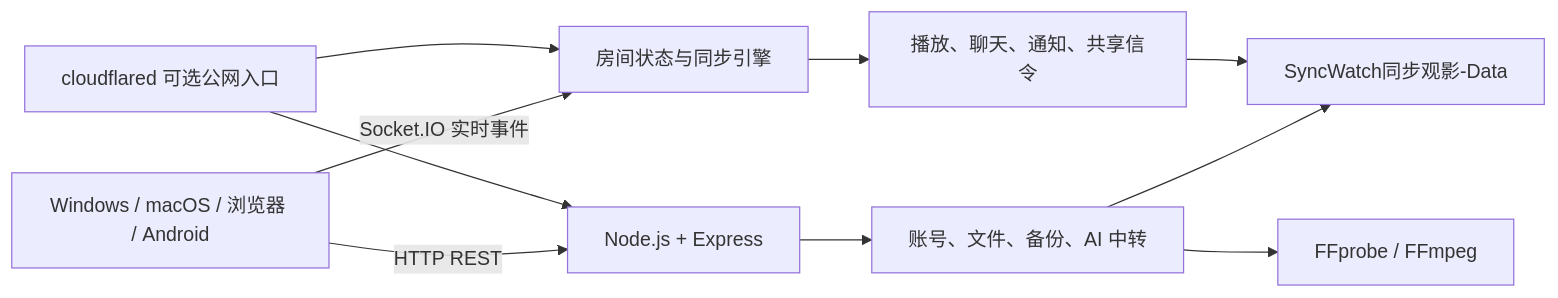
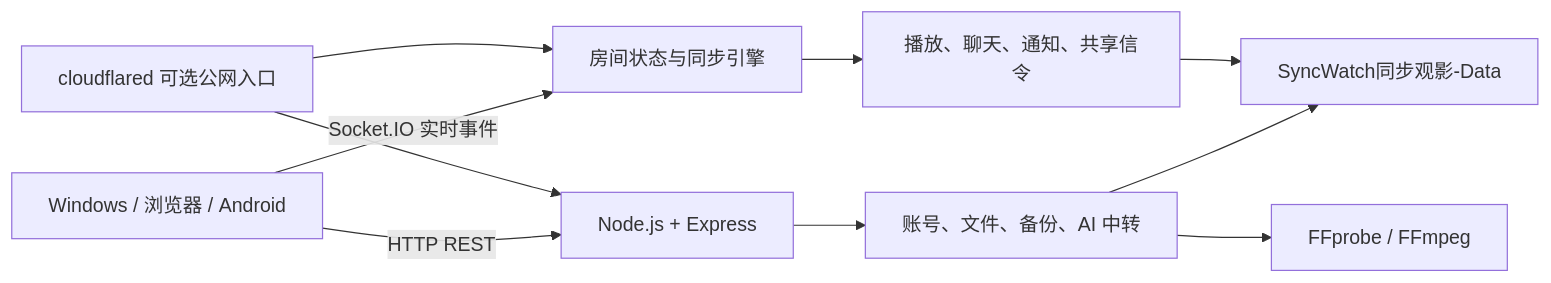
One commit to xuange6610/SyncWatch changed the diagram in README.md. Above: the diagram before and after it, drawn with Mermaid. The commit also changed other lines of this file and 124 other files, not shown here.

````diff
--- a/README.md
+++ b/README.md
@@ -161,12 +158,12 @@
 ```mermaid
 flowchart LR
-    A[Windows / macOS / 浏览器 / Android] -->|HTTP REST| B[Node.js + Express]
+    A[Windows / 浏览器 / Android] -->|HTTP REST| B[Node.js + Express]
     A -->|Socket.IO 实时事件| C[房间状态与同步引擎]
     B --> D[账号、文件、备份、AI 中转]
     C --> E[播放、聊天、通知、共享信令]
     D --> F[SyncWatch同步观影-Data]
     E --> F
     D --> G[FFprobe / FFmpeg]
     H[cloudflared 可选公网入口] --> B
     H --> C
 ```
````
